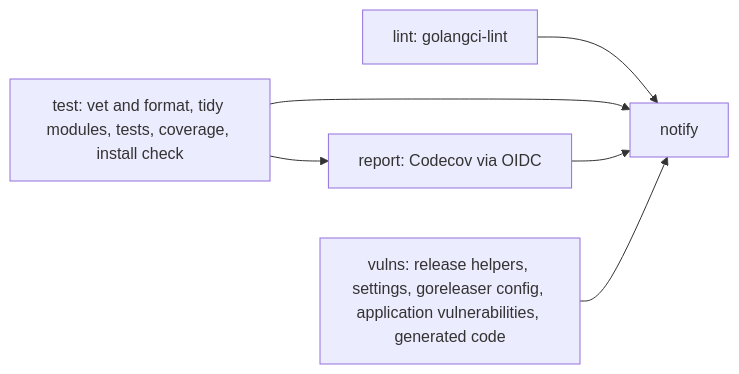
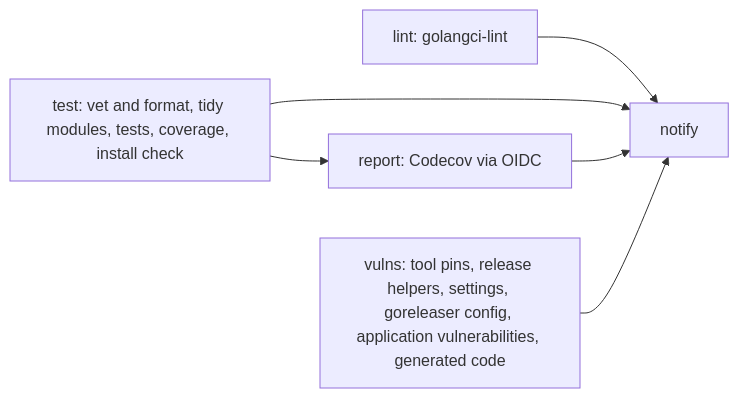
The second of 10 diagrams in .github/workflows/README.md (octomation/maintainer), drawn with Mermaid before and after one commit. The commit also changed other lines of this file and 14 other files, not shown here.

Commit message:
ci/cd: align the tooling with indexit: bin/activate, build versions, tool-pins-check, the GoReleaser check, release.mjs usage and the installer, issue #175

````diff
--- a/.github/workflows/README.md
+++ b/.github/workflows/README.md
@@ -82,7 +82,7 @@
 ```mermaid
 flowchart LR
   lint[lint: golangci-lint]
   test[test: vet and format, tidy modules, tests, coverage, install check] --> report[report: Codecov via OIDC]
-  vulns[vulns: release helpers, settings, goreleaser config, application vulnerabilities, generated code]
+  vulns[vulns: tool pins, release helpers, settings, goreleaser config, application vulnerabilities, generated code]
   lint & test & report & vulns --> notify[notify]
 ```
````
